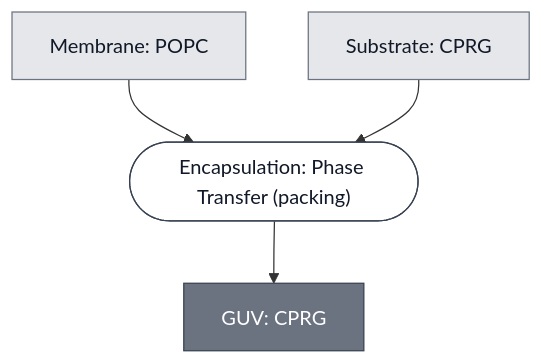
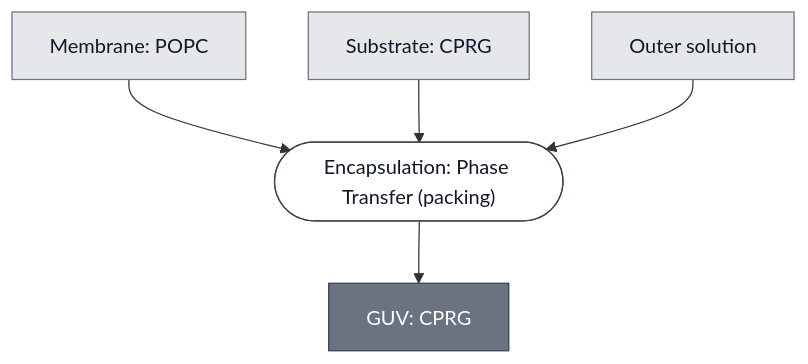
Before and after one commit to nucleus-eng/nucleus-docs: the diagram in docs/modules/guv-cprg/spec.md, drawn with Mermaid. The commit also changed 41 other files, not shown here.

````diff
--- a/docs/modules/guv-cprg/spec.md
+++ b/docs/modules/guv-cprg/spec.md
@@ -38,25 +38,28 @@
 ```mermaid
 flowchart TD
+    OUTER_SOLUTION["Outer solution"]
     MEMBRANE_POPC["Membrane: POPC"]
     SUBSTRATE_CPRG["Substrate: CPRG"]
 
     P1_ENCAPSULATE_CPRG_0(["Encapsulation: Phase Transfer (packing)"])
     GUV_CPRG["GUV: CPRG"]
 
     MEMBRANE_POPC --> P1_ENCAPSULATE_CPRG_0
     SUBSTRATE_CPRG --> P1_ENCAPSULATE_CPRG_0
+    OUTER_SOLUTION --> P1_ENCAPSULATE_CPRG_0
     P1_ENCAPSULATE_CPRG_0 --> GUV_CPRG
 
 
     classDef leaf     fill:#e5e7eb,stroke:#6b7280,color:#111827;
     classDef composed fill:#6b7280,stroke:#374151,color:#ffffff;
     classDef process  fill:#ffffff,stroke:#374151,color:#111827;
-    class MEMBRANE_POPC,SUBSTRATE_CPRG leaf;
+    class OUTER_SOLUTION,MEMBRANE_POPC,SUBSTRATE_CPRG leaf;
     class GUV_CPRG composed;
     class P1_ENCAPSULATE_CPRG_0 process;
 
+    click OUTER_SOLUTION "/docs/modules/outer-solution/spec"
     click MEMBRANE_POPC "/docs/modules/membrane-popc/spec"
     click SUBSTRATE_CPRG "/docs/modules/substrate-cprg/spec"
     click P1_ENCAPSULATE_CPRG_0 "/docs/processes/assemble-base-cell/main"
     click GUV_CPRG "/docs/modules/guv-cprg/spec"
 ```
````
